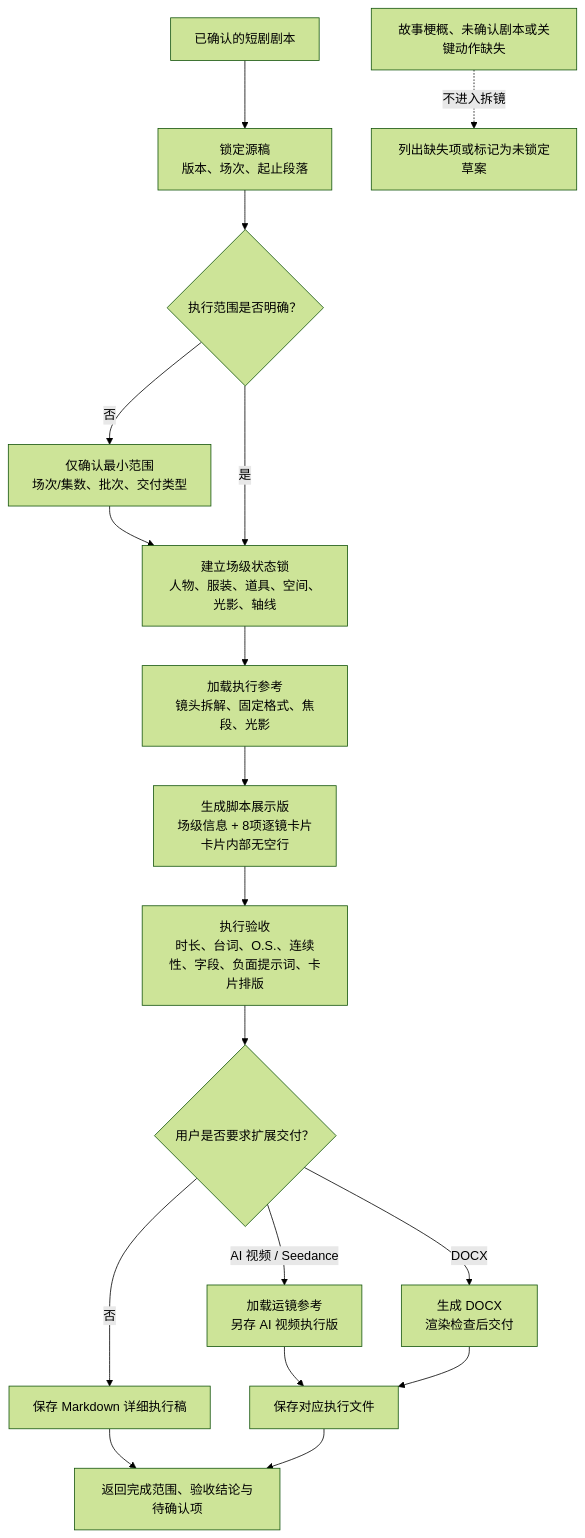
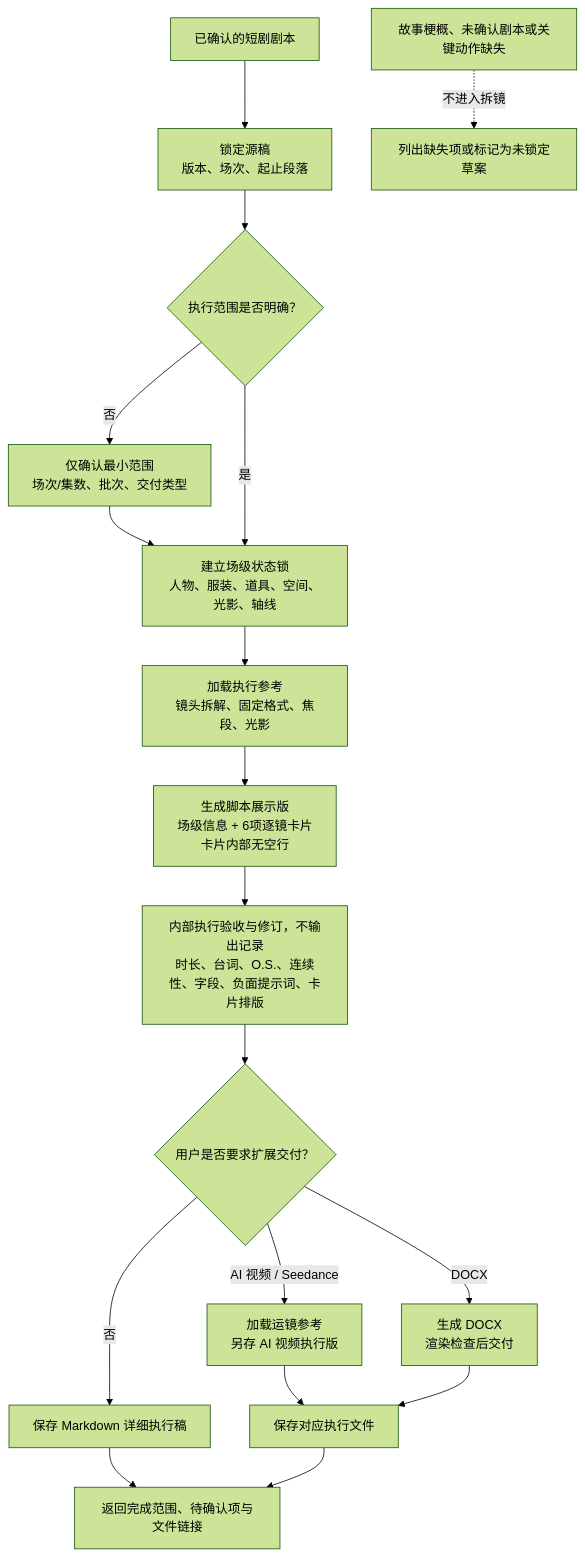
Before and after one commit to Sophiaii0/Short-Drama: the diagram in 流程图.md, drawn with Mermaid (forest theme). The commit also changed other lines of this file and 9 other files, not shown here.

````diff
--- a/流程图.md
+++ b/流程图.md
@@ -3,21 +3,21 @@
 ```mermaid
 flowchart TD
     A["已确认的短剧剧本"] --> B["锁定源稿<br/>版本、场次、起止段落"]
     B --> C{"执行范围是否明确？"}
     C -- "否" --> D["仅确认最小范围<br/>场次/集数、批次、交付类型"]
     D --> E["建立场级状态锁<br/>人物、服装、道具、空间、光影、轴线"]
     C -- "是" --> E
     E --> F["加载执行参考<br/>镜头拆解、固定格式、焦段、光影"]
-    F --> G["生成脚本展示版<br/>场级信息 + 8项逐镜卡片<br/>卡片内部无空行"]
-    G --> H["执行验收<br/>时长、台词、O.S.、连续性、字段、负面提示词、卡片排版"]
+    F --> G["生成脚本展示版<br/>场级信息 + 6项逐镜卡片<br/>卡片内部无空行"]
+    G --> H["内部执行验收与修订，不输出记录<br/>时长、台词、O.S.、连续性、字段、负面提示词、卡片排版"]
     H --> I{"用户是否要求扩展交付？"}
     I -- "否" --> J["保存 Markdown 详细执行稿"]
     I -- "AI 视频 / Seedance" --> K["加载运镜参考<br/>另存 AI 视频执行版"]
     I -- "DOCX" --> L["生成 DOCX<br/>渲染检查后交付"]
     K --> M["保存对应执行文件"]
     L --> M
-    J --> N["返回完成范围、验收结论与待确认项"]
+    J --> N["返回完成范围、待确认项与文件链接"]
     M --> N
 
     X["故事梗概、未确认剧本或关键动作缺失"] -. "不进入拆镜" .-> Y["列出缺失项或标记为未锁定草案"]
 ```
````
